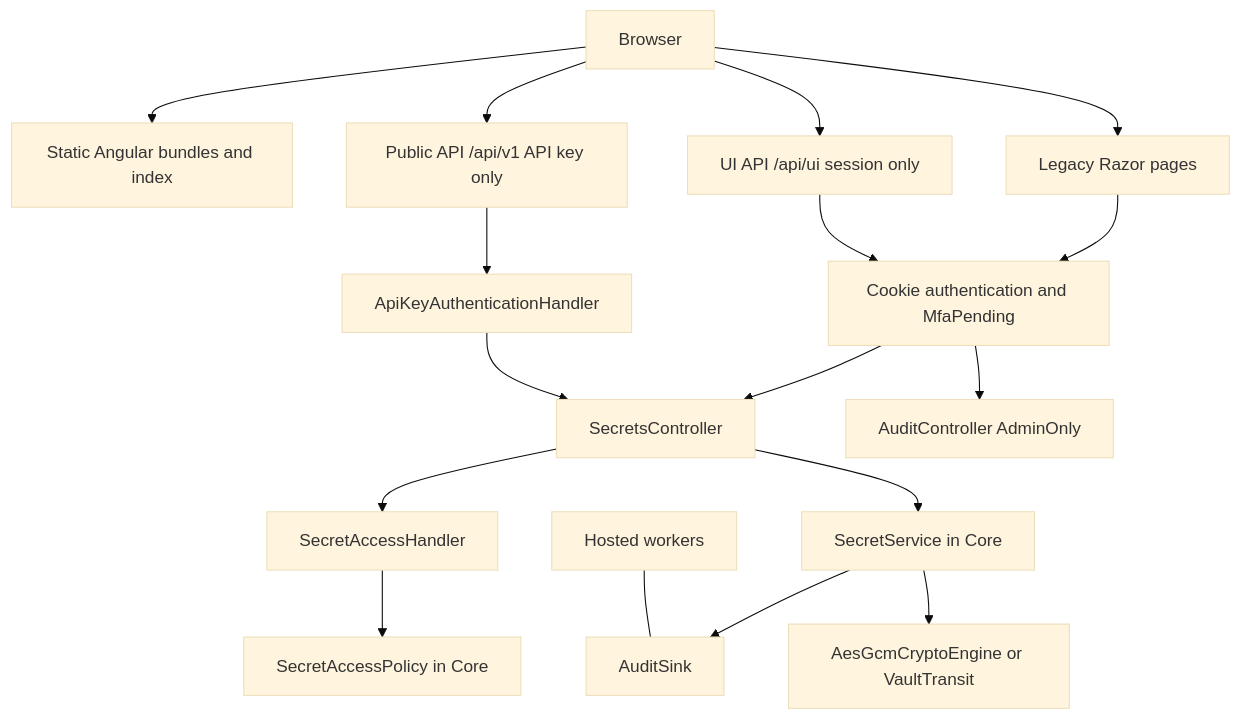
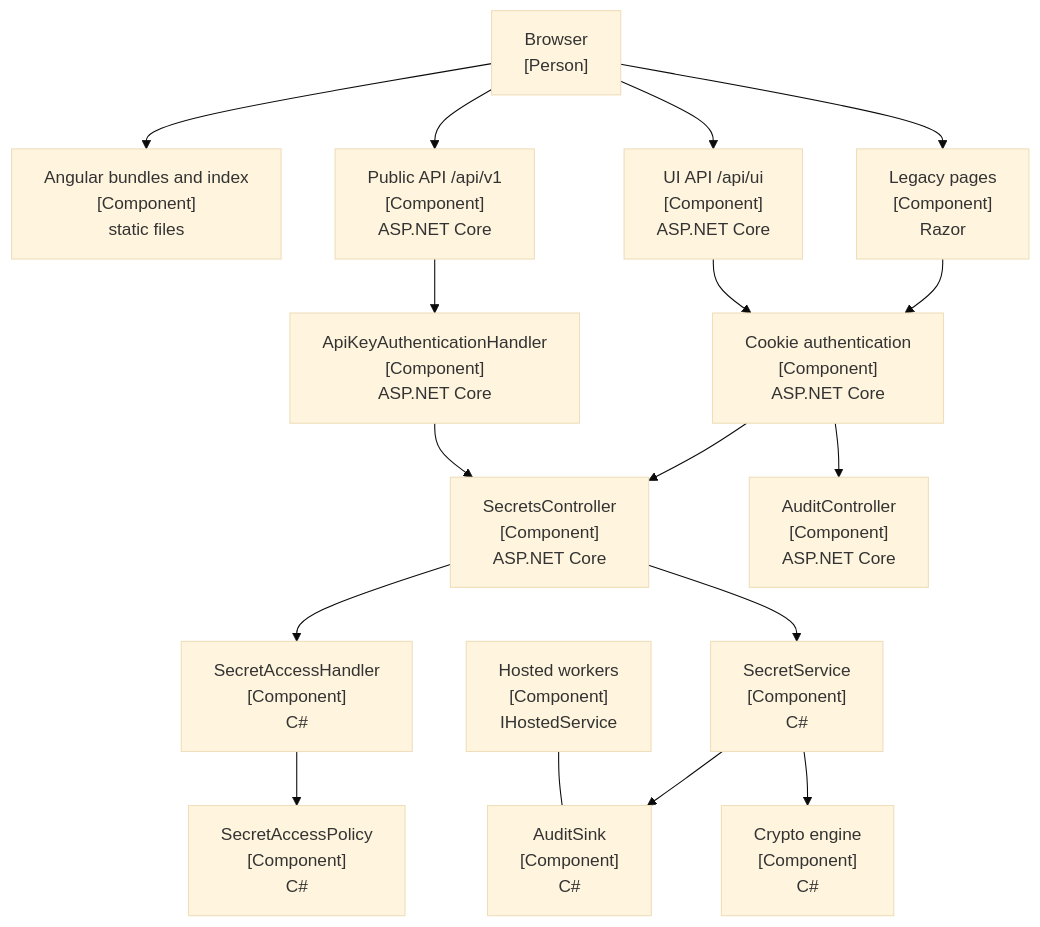
The third of 5 diagrams in docs/presentation/defence-draft/diagrams.md (sabysabashvily/EclipsVault), drawn with Mermaid (base theme) before and after one commit. The commit also changed other lines of this file and 11 other files, not shown here.

First line of the commit message:
Draw the vault as one C4 system and render the diagrams

````diff
--- a/docs/presentation/defence-draft/diagrams.md
+++ b/docs/presentation/defence-draft/diagrams.md
@@ -115,35 +125,35 @@
 ```mermaid
 flowchart TB
-  browser[Browser]
-  static[Static Angular bundles and index]
-  legacy[Legacy Razor pages]
-  uiapi[UI API /api/ui session only]
-  publicapi[Public API /api/v1 API key only]
-  cookies[Cookie authentication and MfaPending]
-  apikey[ApiKeyAuthenticationHandler]
-  secrets[SecretsController]
-  auditpage[AuditController AdminOnly]
-  handler[SecretAccessHandler]
-  policy[SecretAccessPolicy in Core]
-  secretSvc[SecretService in Core]
-  sink[AuditSink]
-  engine[AesGcmCryptoEngine or VaultTransit]
-  workers[Hosted workers]
+  browser["Browser<br/>[Person]"]
+  static["Angular bundles and index<br/>[Component]<br/>static files"]
+  legacy["Legacy pages<br/>[Component]<br/>Razor"]
+  uiapi["UI API /api/ui<br/>[Component]<br/>ASP.NET Core"]
+  publicapi["Public API /api/v1<br/>[Component]<br/>ASP.NET Core"]
+  cookies["Cookie authentication<br/>[Component]<br/>ASP.NET Core"]
+  apikey["ApiKeyAuthenticationHandler<br/>[Component]<br/>ASP.NET Core"]
+  secrets["SecretsController<br/>[Component]<br/>ASP.NET Core"]
+  auditpage["AuditController<br/>[Component]<br/>ASP.NET Core"]
+  handler["SecretAccessHandler<br/>[Component]<br/>C#"]
+  policy["SecretAccessPolicy<br/>[Component]<br/>C#"]
+  secretSvc["SecretService<br/>[Component]<br/>C#"]
+  sink["AuditSink<br/>[Component]<br/>C#"]
+  engine["Crypto engine<br/>[Component]<br/>C#"]
+  workers["Hosted workers<br/>[Component]<br/>IHostedService"]
 
   browser --> static
   browser --> legacy
   browser --> uiapi
   browser --> publicapi
   legacy --> cookies
   uiapi --> cookies
   publicapi --> apikey
   cookies --> secrets
   apikey --> secrets
   secrets --> handler
   handler --> policy
   secrets --> secretSvc
   secretSvc --> sink
   secretSvc --> engine
   cookies --> auditpage
   workers --- sink
 ```
````
